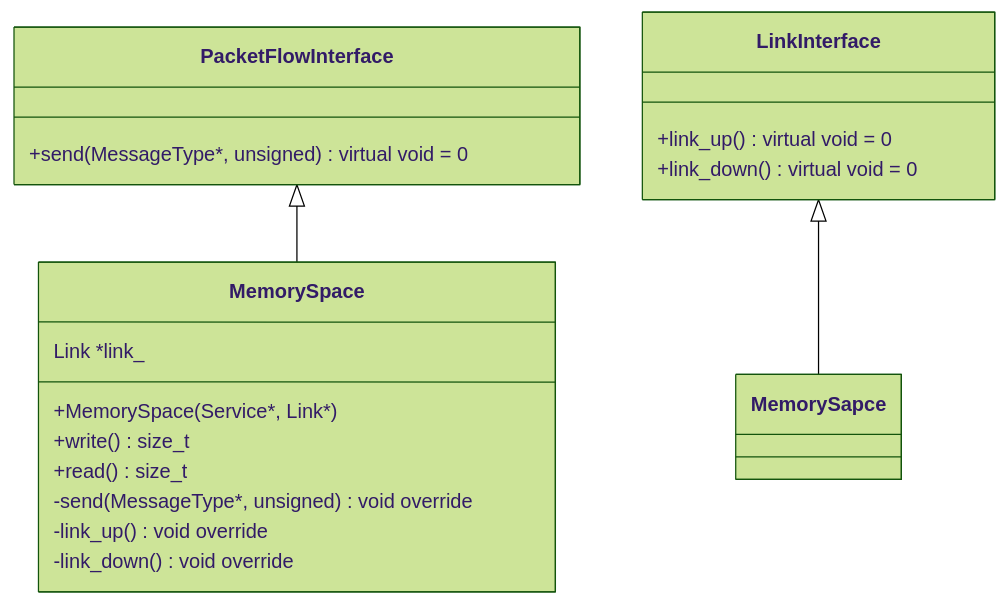
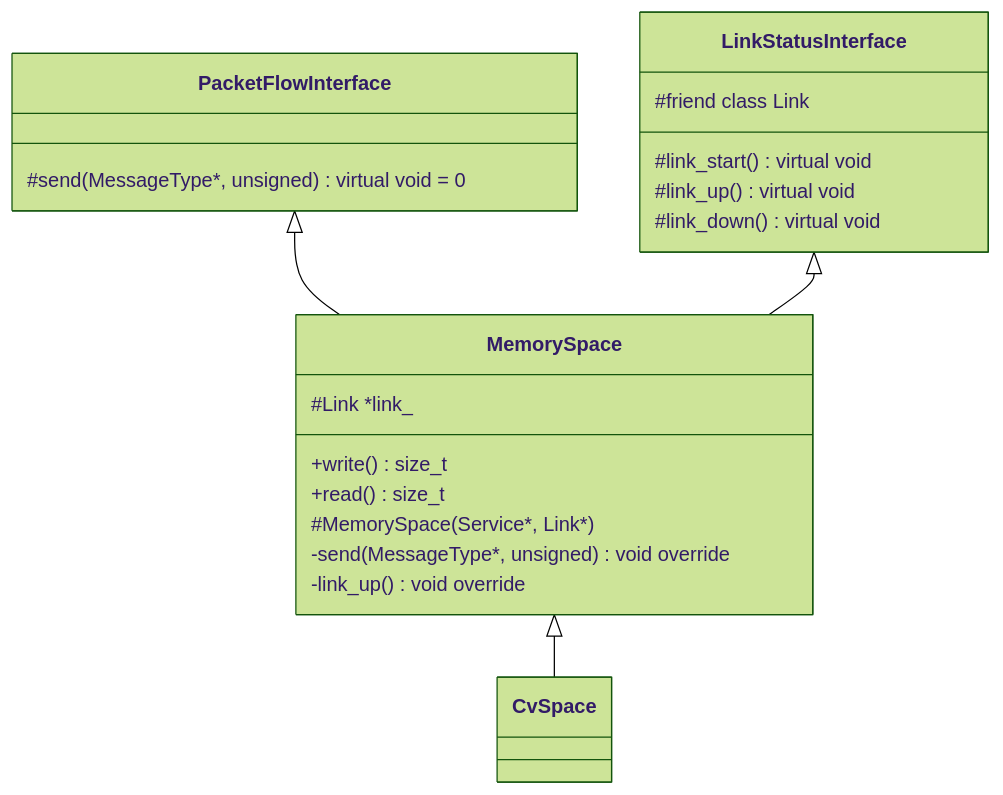
One commit to bakerstu/openmrn changed the sixth of 7 diagrams in src/traction_modem/README.md. Above: the diagram before and after it, drawn with Mermaid (forest theme). The commit also changed other lines of this file, not shown here.

````diff
--- a/src/traction_modem/README.md
+++ b/src/traction_modem/README.md
@@ -170,16 +180,18 @@
 ```mermaid
 classDiagram
     PacketFlowInterface <|-- MemorySpace
-    LinkInterface       <|-- MemorySapce
+    LinkStatusInterface <|-- MemorySpace
+    MemorySpace         <|-- CvSpace
 
-    LinkInterface       : +link_up() virtual void = 0
-    LinkInterface       : +link_down() virtual void = 0
-    PacketFlowInterface : +send(MessageType*, unsigned) virtual void = 0
-    MemorySpace         : Link *link_
-    MemorySpace         : +MemorySpace(Service*, Link*)
+    LinkStatusInterface : #friend class Link
+    LinkStatusInterface : #link_start() virtual void
+    LinkStatusInterface : #link_up() virtual void
+    LinkStatusInterface : #link_down() virtual void
+    PacketFlowInterface : #send(MessageType*, unsigned) virtual void = 0
+    MemorySpace         : #Link *link_
     MemorySpace         : +write() size_t
     MemorySpace         : +read() size_t
+    MemorySpace         : #MemorySpace(Service*, Link*)
     MemorySpace         : -send(MessageType*, unsigned) void override
     MemorySpace         : -link_up() void override
-    MemorySpace         : -link_down() void override
 ```
````
